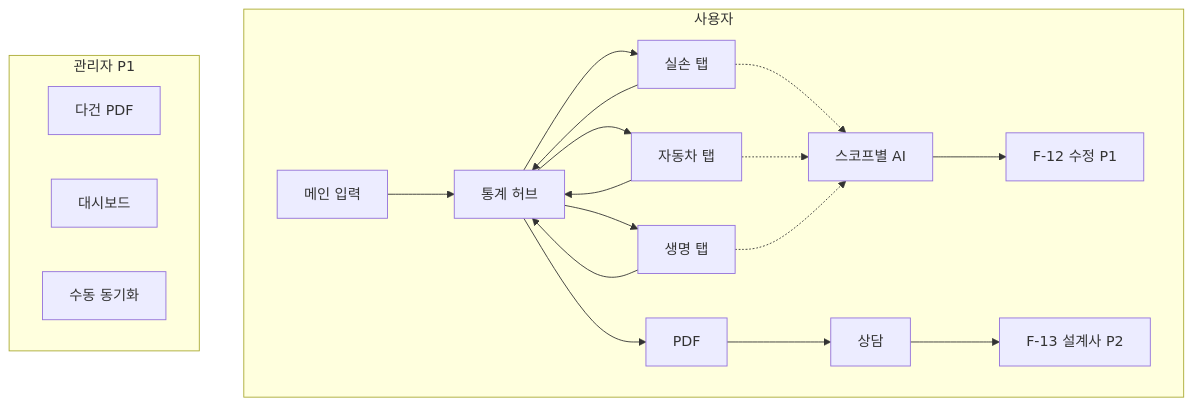
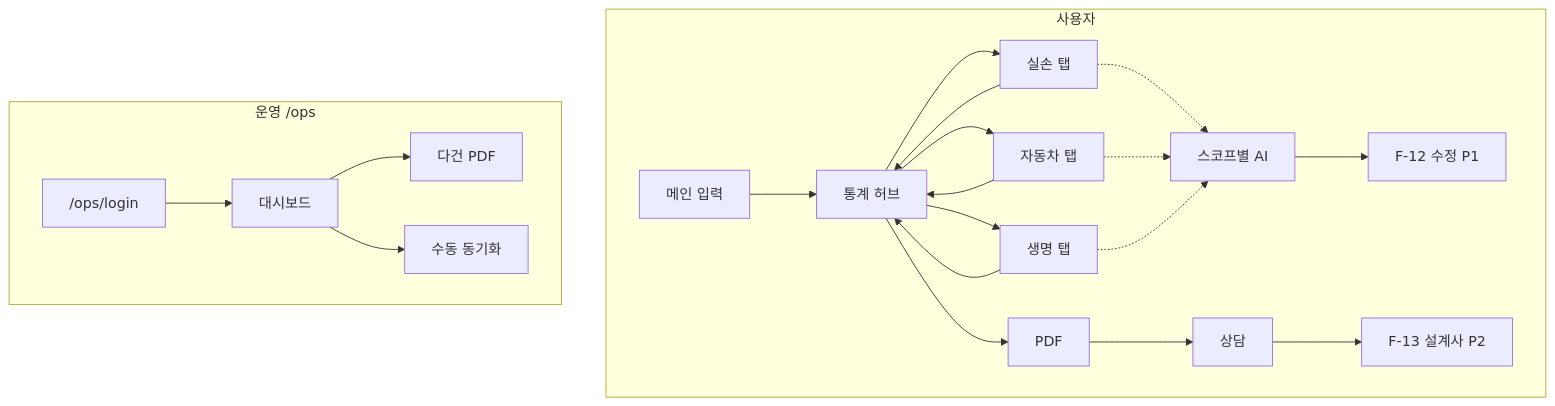
One commit to meustar/InsuranceForAll changed the third of 3 diagrams in FLOWCHARTS.md. Above: the diagram before and after it, drawn with Mermaid. The commit also changed other lines of this file and 29 other files, not shown here.

Commit message:
feat(admin): 관리자 전용 로그인과 대시보드를 사용자 앱과 분리한다

````diff
--- a/FLOWCHARTS.md
+++ b/FLOWCHARTS.md
@@ -128,34 +128,38 @@
 ```mermaid
 flowchart TD
   subgraph USER["사용자"]
     MAIN[메인 입력]
     HUB[통계 허브]
     H[실손 탭]
     A[자동차 탭]
     L[생명 탭]
     PDF[PDF]
     AI[스코프별 AI]
     F12["F-12 수정 P1"]
     F13["F-13 설계사 P2"]
     F08[상담]
     MAIN --> HUB
     HUB --> H
     HUB --> A
     HUB --> L
     H --> HUB
     A --> HUB
     L --> HUB
     H -.-> AI
     A -.-> AI
     L -.-> AI
     HUB --> PDF --> F08
     AI --> F12
     F08 --> F13
   end
 
-  subgraph ADMIN["관리자 P1"]
+  subgraph ADMIN["운영 /ops"]
+    LOGIN["/ops/login"]
+    F10[대시보드]
     F09[다건 PDF]
-    F10[대시보드]
     SYNC[수동 동기화]
+    LOGIN --> F10
+    F10 --> F09
+    F10 --> SYNC
   end
 ```
````
